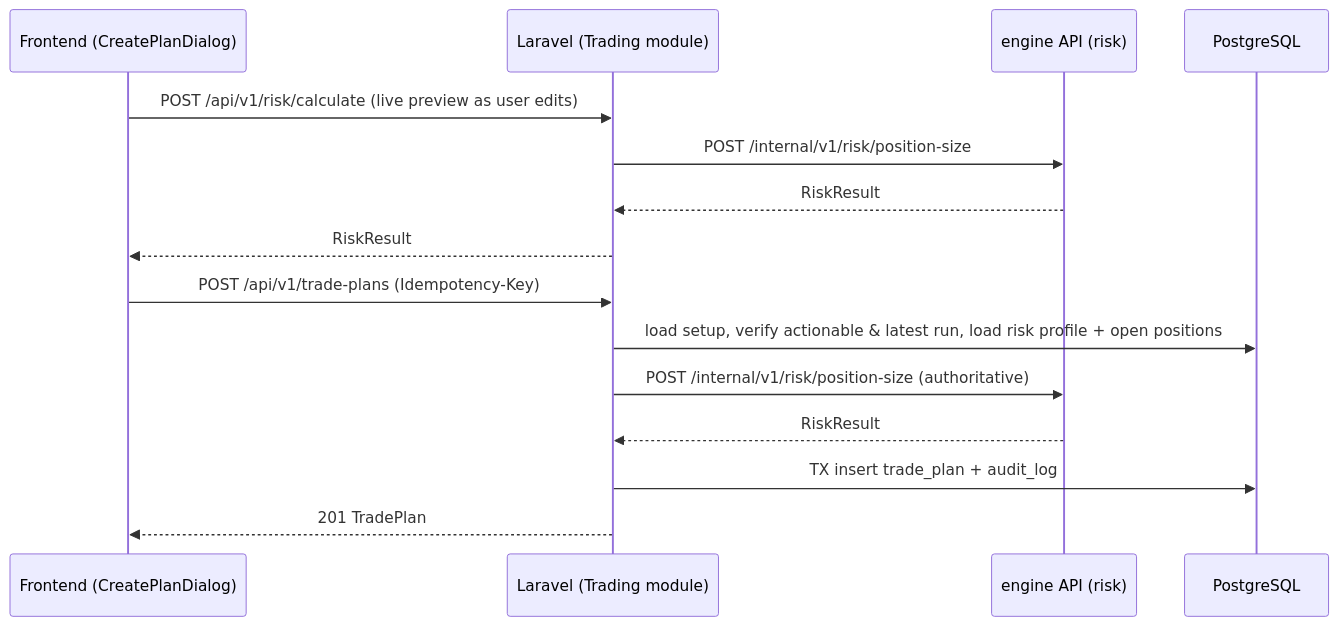
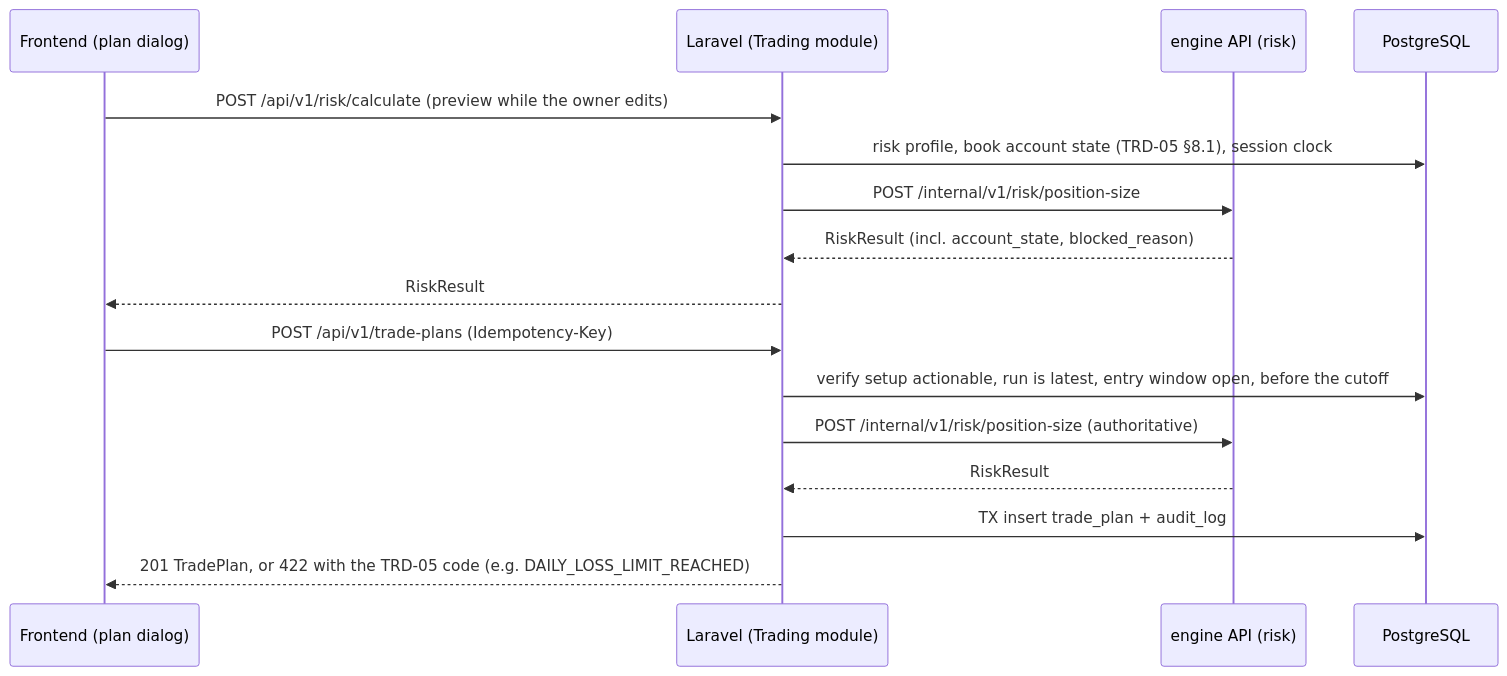
One commit to anirbancodes69/price-action-ai changed the fourth of 4 diagrams in docs/architecture/05_DATA_FLOW.md. Above: the diagram before and after it, drawn with Mermaid. The commit also changed other lines of this file and 109 other files, not shown here.

````diff
--- a/docs/architecture/05_DATA_FLOW.md
+++ b/docs/architecture/05_DATA_FLOW.md
@@ -137,17 +99,18 @@
 ```mermaid
 sequenceDiagram
-  participant FE as Frontend (CreatePlanDialog)
+  participant FE as Frontend (plan dialog)
   participant BE as Laravel (Trading module)
   participant EN as engine API (risk)
   participant DB as PostgreSQL
-  FE->>BE: POST /api/v1/risk/calculate (live preview as user edits)
+  FE->>BE: POST /api/v1/risk/calculate (preview while the owner edits)
+  BE->>DB: risk profile, book account state (TRD-05 §8.1), session clock
   BE->>EN: POST /internal/v1/risk/position-size
-  EN-->>BE: RiskResult
+  EN-->>BE: RiskResult (incl. account_state, blocked_reason)
   BE-->>FE: RiskResult
   FE->>BE: POST /api/v1/trade-plans (Idempotency-Key)
-  BE->>DB: load setup, verify actionable & latest run, load risk profile + open positions
+  BE->>DB: verify setup actionable, run is latest, entry window open, before the cutoff
   BE->>EN: POST /internal/v1/risk/position-size (authoritative)
   EN-->>BE: RiskResult
   BE->>DB: TX insert trade_plan + audit_log
-  BE-->>FE: 201 TradePlan
+  BE-->>FE: 201 TradePlan, or 422 with the TRD-05 code (e.g. DAILY_LOSS_LIMIT_REACHED)
 ```
````
